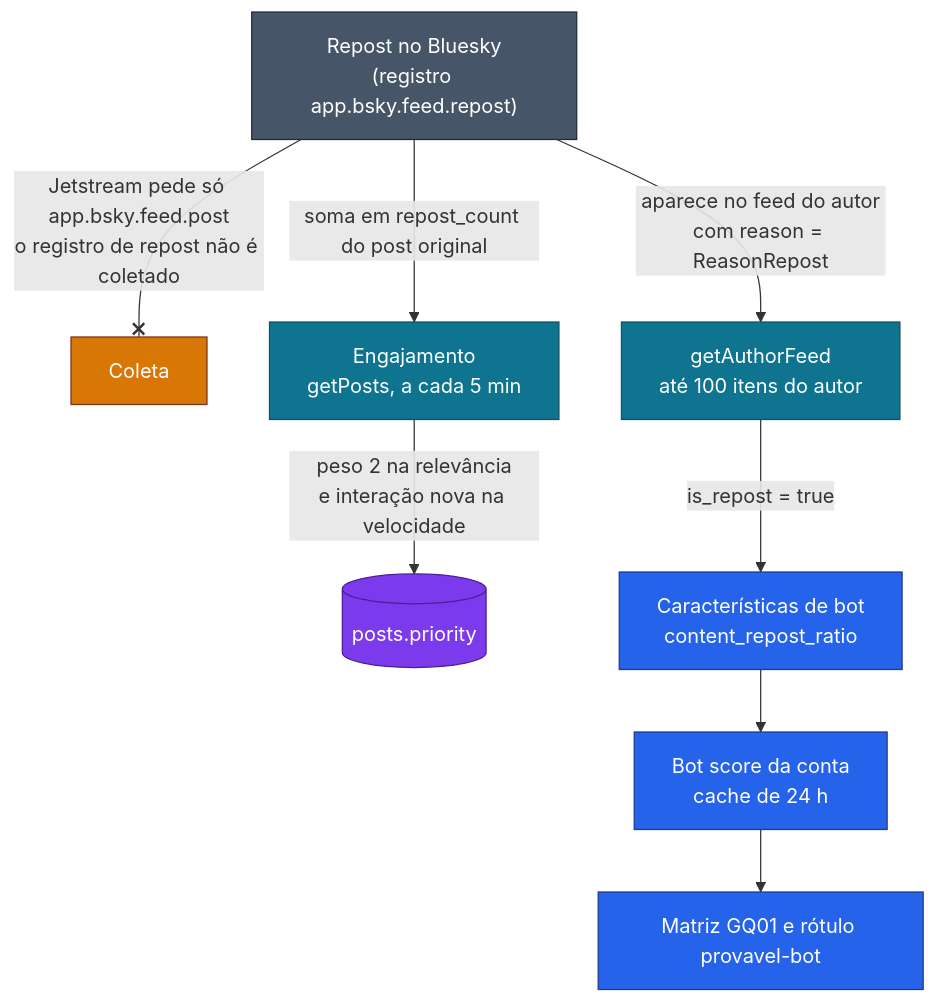
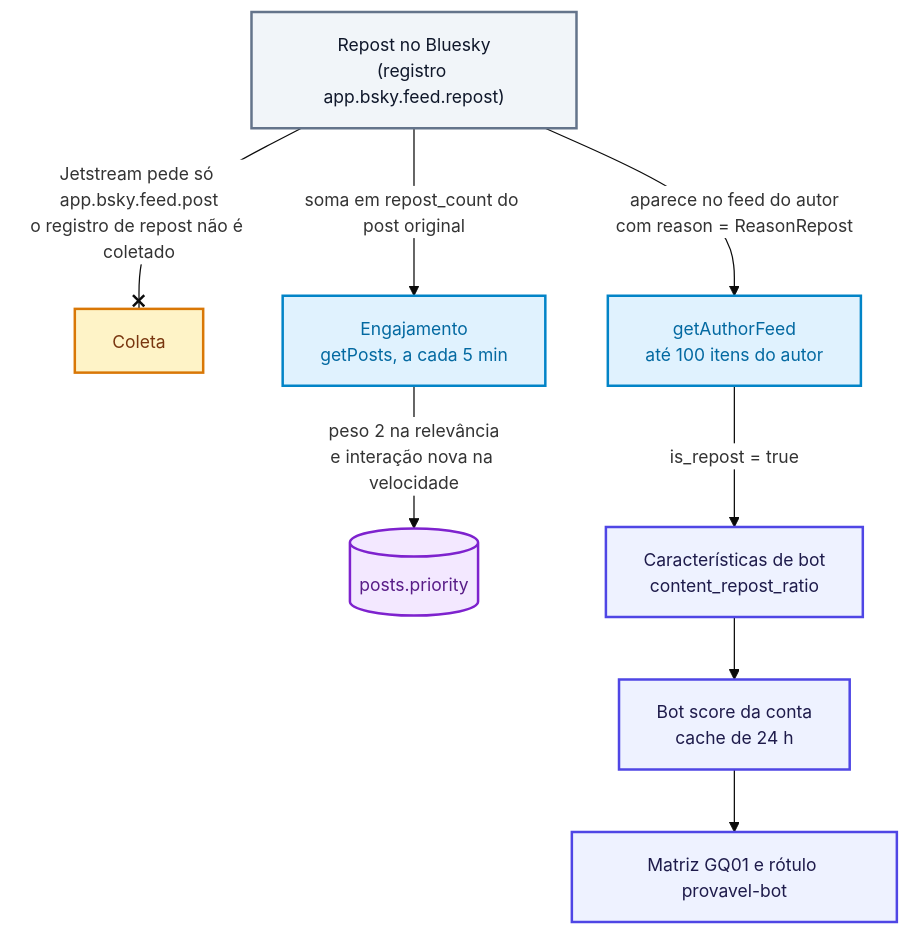
The fourth of 11 diagrams in docs/arquitetura/mapa-do-sistema.md (moonshinerd/ContrarIA), drawn with Mermaid before and after one commit. The commit also changed other lines of this file and 2 other files, not shown here.

Commit message:
docs(arquitetura): aprimora contraste de cores e escala dos diagramas

````diff
--- a/docs/arquitetura/mapa-do-sistema.md
+++ b/docs/arquitetura/mapa-do-sistema.md
@@ -247,20 +249,21 @@
 ```mermaid
+%%{init: {'theme': 'base', 'themeVariables': { 'fontSize': '14px', 'fontFamily': 'inherit', 'primaryColor': '#EEF2FF', 'edgeLabelBackground': '#FFFFFF', 'clusterBkg': '#F8FAFC', 'clusterBorder': '#CBD5E1' }}}%%
 flowchart TB
-    classDef ext fill:#475569,stroke:#1e293b,color:#fff
-    classDef ingest fill:#0e7490,stroke:#164e63,color:#fff
-    classDef core fill:#2563eb,stroke:#1e3a8a,color:#fff
-    classDef store fill:#7c3aed,stroke:#4c1d95,color:#fff
-    classDef guard fill:#d97706,stroke:#78350f,color:#fff
+    classDef ext fill:#F1F5F9,stroke:#64748B,stroke-width:2px,color:#0F172A
+    classDef ingest fill:#E0F2FE,stroke:#0284C7,stroke-width:2px,color:#0369A1
+    classDef core fill:#EEF2FF,stroke:#4F46E5,stroke-width:2px,color:#1E1B4B
+    classDef store fill:#F3E8FF,stroke:#7E22CE,stroke-width:2px,color:#581C87
+    classDef guard fill:#FEF3C7,stroke:#D97706,stroke-width:2px,color:#78350F
 
     R["Repost no Bluesky<br/>(registro app.bsky.feed.repost)"]:::ext
 
     R --x|"Jetstream pede só app.bsky.feed.post<br/>o registro de repost não é coletado"| J["Coleta"]:::guard
 
     R -->|"soma em repost_count do post original"| ENG["Engajamento<br/>getPosts, a cada 5 min"]:::ingest
     ENG -->|"peso 2 na relevância<br/>e interação nova na velocidade"| PRIO[("posts.priority")]:::store
 
     R -->|"aparece no feed do autor<br/>com reason = ReasonRepost"| AF["getAuthorFeed<br/>até 100 itens do autor"]:::ingest
     AF -->|"is_repost = true"| BF["Características de bot<br/>content_repost_ratio"]:::core
     BF --> BS["Bot score da conta<br/>cache de 24 h"]:::core
     BS --> GQ["Matriz GQ01 e rótulo provavel-bot"]:::core
 ```
````
